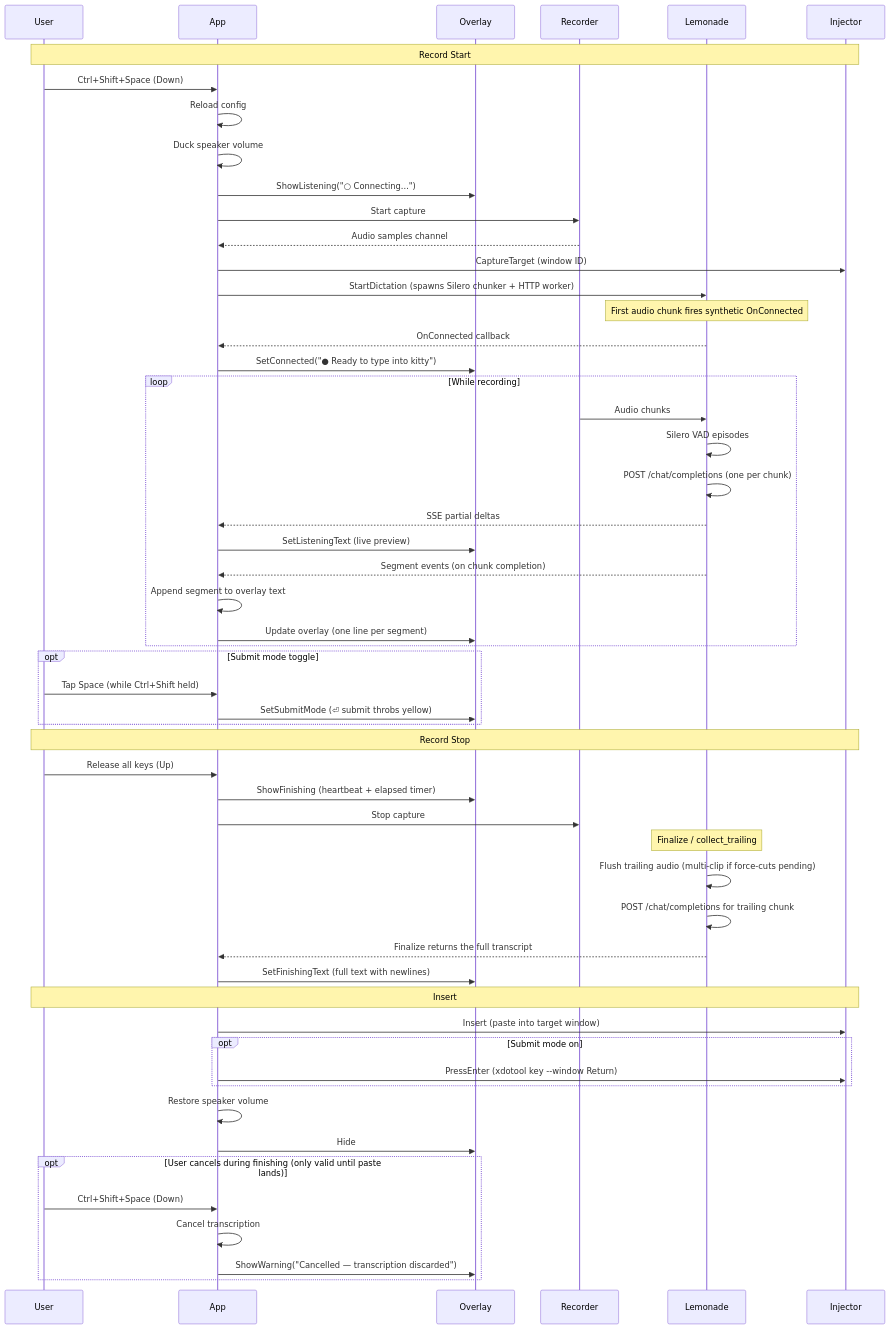
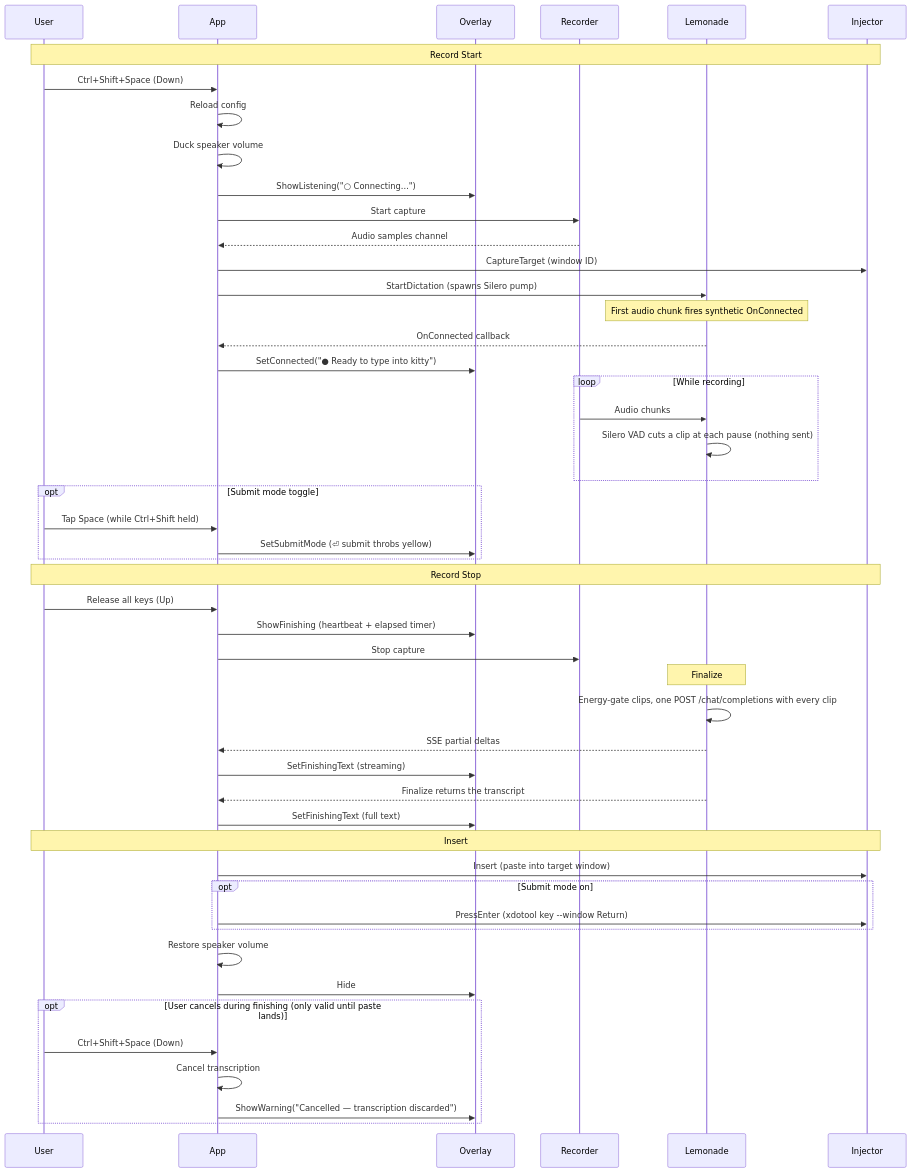
One commit to duboisf/vocis changed the diagram in docs/runtime-flow.md. Above: the diagram before and after it, drawn with Mermaid. The commit also changed other lines of this file and 13 other files, not shown here.

First line of the commit message:
feat(transcribe): send the whole dictation in one request at release

````diff
--- a/docs/runtime-flow.md
+++ b/docs/runtime-flow.md
@@ -7,71 +7,66 @@
 ```mermaid
 sequenceDiagram
     participant User
     participant App
     participant Overlay
     participant Recorder
     participant Lemonade
     participant Injector
 
     Note over User,Injector: Record Start
 
     User->>App: Ctrl+Shift+Space (Down)
     App->>App: Reload config
     App->>App: Duck speaker volume
     App->>Overlay: ShowListening("○ Connecting...")
     App->>Recorder: Start capture
     Recorder-->>App: Audio samples channel
     App->>Injector: CaptureTarget (window ID)
-    App->>Lemonade: StartDictation (spawns Silero chunker + HTTP worker)
+    App->>Lemonade: StartDictation (spawns Silero pump)
 
     Note over Lemonade: First audio chunk fires synthetic OnConnected
     Lemonade-->>App: OnConnected callback
     App->>Overlay: SetConnected("● Ready to type into kitty")
 
     loop While recording
         Recorder->>Lemonade: Audio chunks
-        Lemonade->>Lemonade: Silero VAD episodes
-        Lemonade->>Lemonade: POST /chat/completions (one per chunk)
-        Lemonade-->>App: SSE partial deltas
-        App->>Overlay: SetListeningText (live preview)
-        Lemonade-->>App: Segment events (on chunk completion)
-        App->>App: Append segment to overlay text
-        App->>Overlay: Update overlay (one line per segment)
+        Lemonade->>Lemonade: Silero VAD cuts a clip at each pause (nothing sent)
     end
 
     opt Submit mode toggle
         User->>App: Tap Space (while Ctrl+Shift held)
         App->>Overlay: SetSubmitMode (⏎ submit throbs yellow)
     end
 
     Note over User,Injector: Record Stop
 
     User->>App: Release all keys (Up)
     App->>Overlay: ShowFinishing (heartbeat + elapsed timer)
     App->>Recorder: Stop capture
 
-    Note over Lemonade: Finalize / collect_trailing
+    Note over Lemonade: Finalize
 
-    Lemonade->>Lemonade: Flush trailing audio (multi-clip if force-cuts pending)
-    Lemonade->>Lemonade: POST /chat/completions for trailing chunk
-    Lemonade-->>App: Finalize returns the full transcript
+    Lemonade->>Lemonade: Energy-gate clips, one POST /chat/completions with every clip
+    Lemonade-->>App: SSE partial deltas
+    App->>Overlay: SetFinishingText (streaming)
+    Lemonade-->>App: Finalize returns the transcript
 
-    App->>Overlay: SetFinishingText (full text with newlines)
+    App->>Overlay: SetFinishingText (full text)
 
     Note over User,Injector: Insert
 
     App->>Injector: Insert (paste into target window)
 
     opt Submit mode on
         App->>Injector: PressEnter (xdotool key --window Return)
     end
 
     App->>App: Restore speaker volume
     App->>Overlay: Hide
 
     opt User cancels during finishing (only valid until paste lands)
         User->>App: Ctrl+Shift+Space (Down)
         App->>App: Cancel transcription
         App->>Overlay: ShowWarning("Cancelled — transcription discarded")
     end
 ```
````
